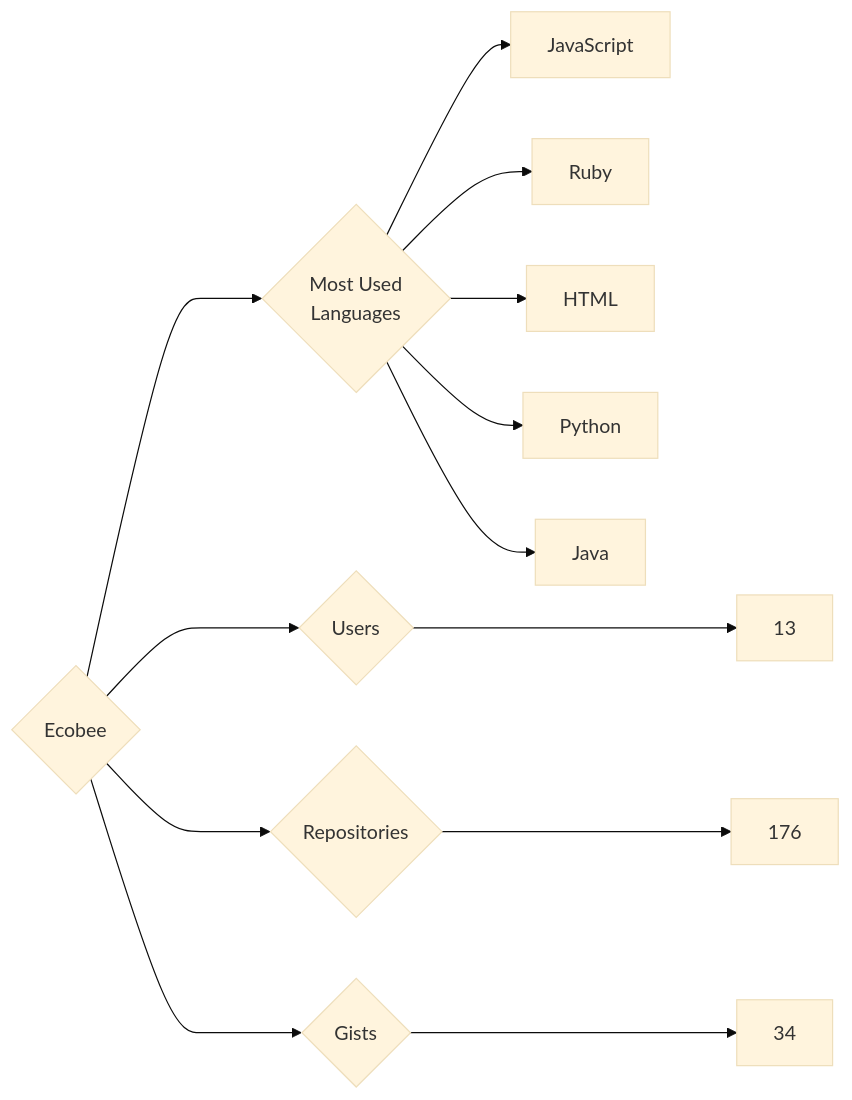
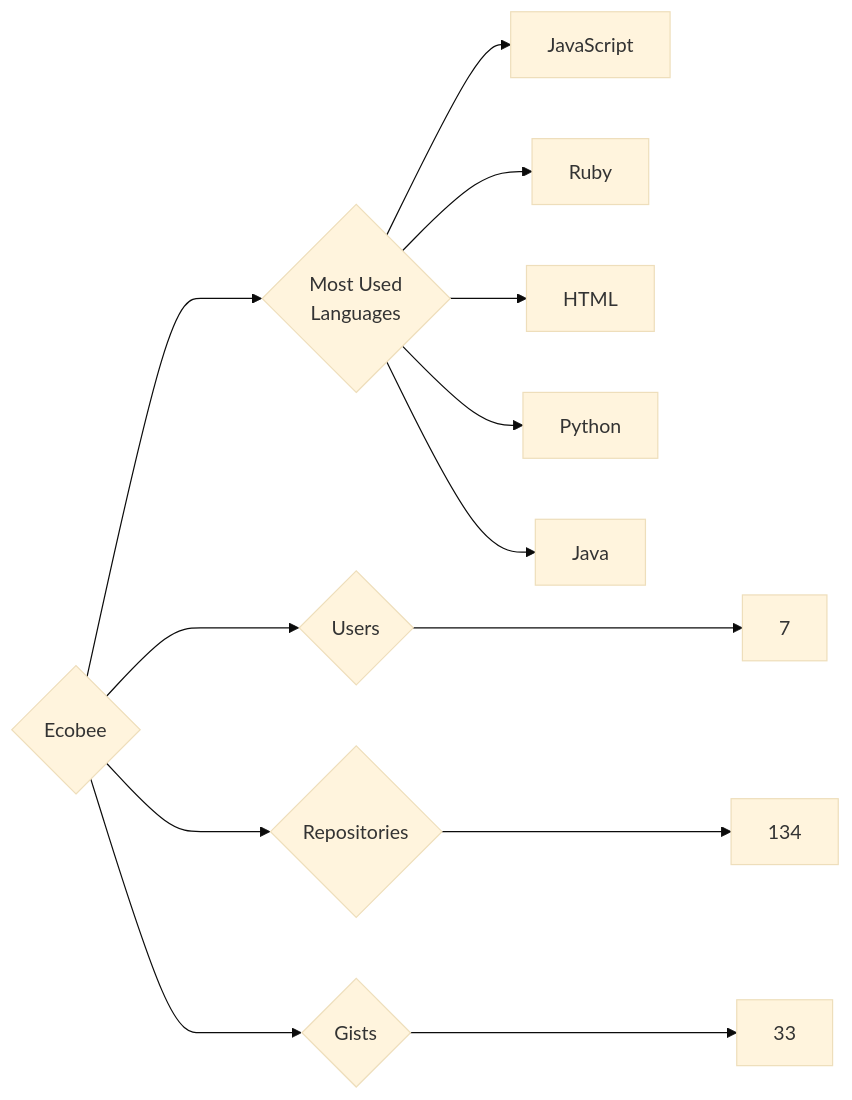
Before and after one commit to trickest/insiders: the diagram in targets/Ecobee/README.md, drawn with Mermaid (base theme). The commit also changed 912 other files, not shown here.

````diff
--- a/targets/Ecobee/README.md
+++ b/targets/Ecobee/README.md
@@ -3,13 +3,13 @@
 ```mermaid
 graph LR
 COMPANY_NAME{Ecobee}
-COMPANY_NAME ---> U{Users} ---> UN[13]
-COMPANY_NAME ---> R{Repositories} ---> RN[176]
-COMPANY_NAME ---> G{Gists} ---> GN[34]
+COMPANY_NAME ---> U{Users} ---> UN[7]
+COMPANY_NAME ---> R{Repositories} ---> RN[134]
+COMPANY_NAME ---> G{Gists} ---> GN[33]
 COMPANY_NAME ---> ML{Most Used<br>Languages}
 ML --> JavaScript[JavaScript]
 ML --> Ruby[Ruby]
 ML --> HTML[HTML]
 ML --> Python[Python]
 ML --> Java[Java]
 ```
````
